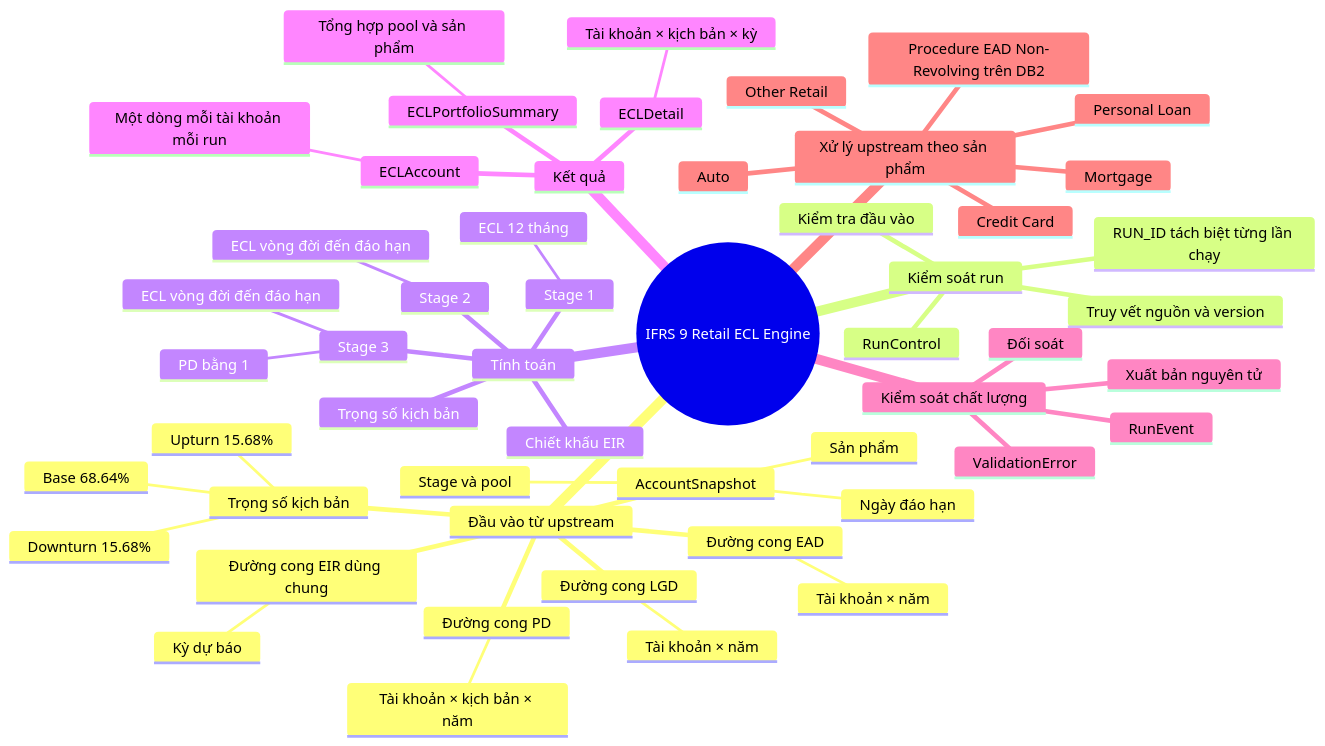
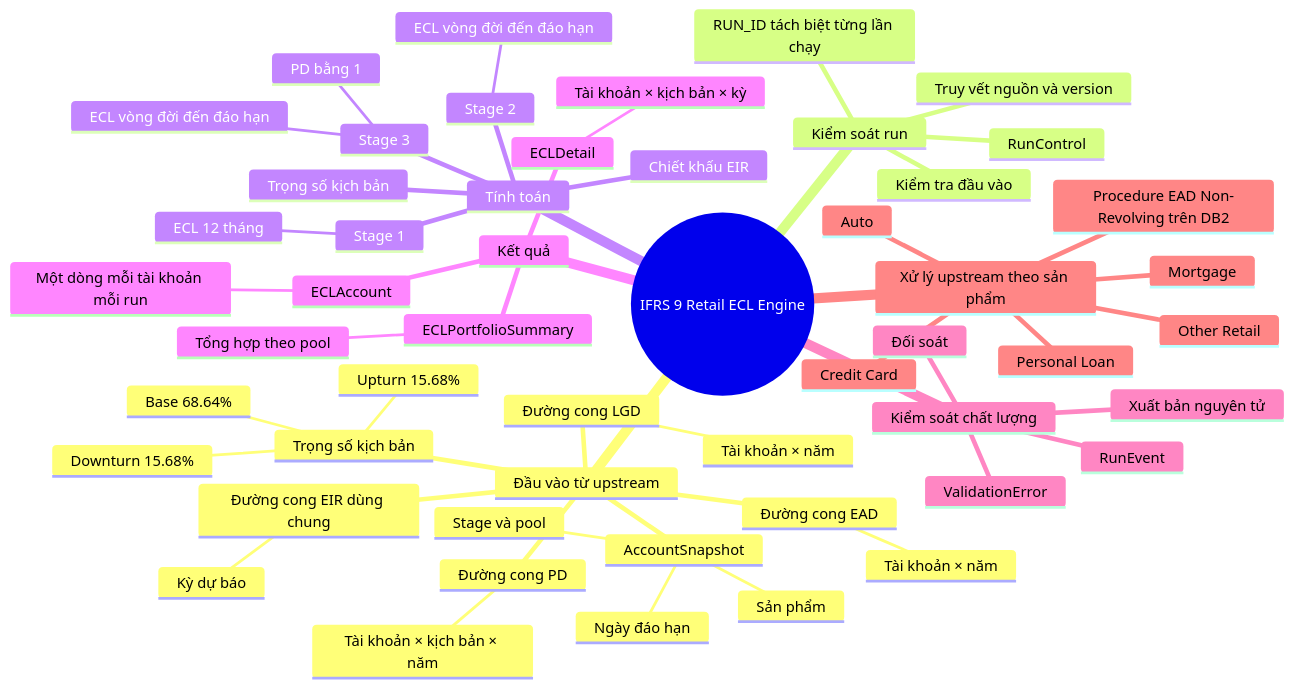
One commit to nguyenngocbinh/ifrs9-retail-ecl-engine changed the first of 2 diagrams in README.vi.md. Above: the diagram before and after it, drawn with Mermaid. The commit also changed other lines of this file, not shown here.

Commit message:
docs: cập nhật mô tả kết quả theo pool

````diff
--- a/README.vi.md
+++ b/README.vi.md
@@ -21,55 +21,55 @@
 ```mermaid
 mindmap
   root((IFRS 9 Retail ECL Engine))
     Đầu vào từ upstream
       AccountSnapshot
         Sản phẩm
         Stage và pool
         Ngày đáo hạn
       Đường cong PD
         Tài khoản × kịch bản × năm
       Đường cong LGD
         Tài khoản × năm
       Đường cong EAD
         Tài khoản × năm
       Đường cong EIR dùng chung
         Kỳ dự báo
       Trọng số kịch bản
         Downturn 15.68%
         Base 68.64%
         Upturn 15.68%
     Kiểm soát run
       RunControl
       RUN_ID tách biệt từng lần chạy
       Kiểm tra đầu vào
       Truy vết nguồn và version
     Tính toán
       Stage 1
         ECL 12 tháng
       Stage 2
         ECL vòng đời đến đáo hạn
       Stage 3
         PD bằng 1
         ECL vòng đời đến đáo hạn
       Trọng số kịch bản
       Chiết khấu EIR
     Kết quả
       ECLDetail
         Tài khoản × kịch bản × kỳ
       ECLAccount
         Một dòng mỗi tài khoản mỗi run
       ECLPortfolioSummary
-        Tổng hợp pool và sản phẩm
+        Tổng hợp theo pool
     Kiểm soát chất lượng
       Đối soát
       ValidationError
       RunEvent
       Xuất bản nguyên tử
     Xử lý upstream theo sản phẩm
       Mortgage
       Auto
       Credit Card
       Personal Loan
       Other Retail
       Procedure EAD Non-Revolving trên DB2
 ```
````
